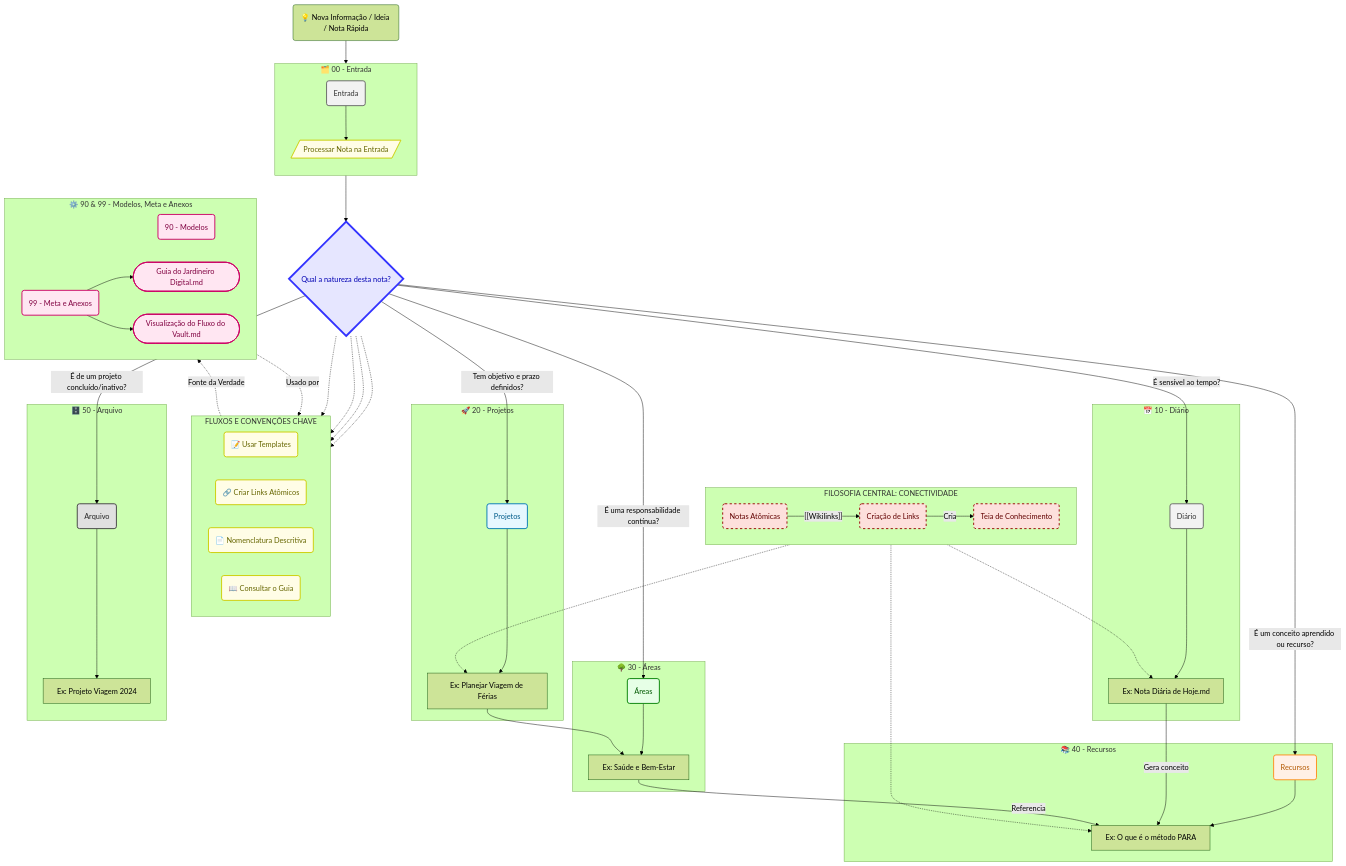
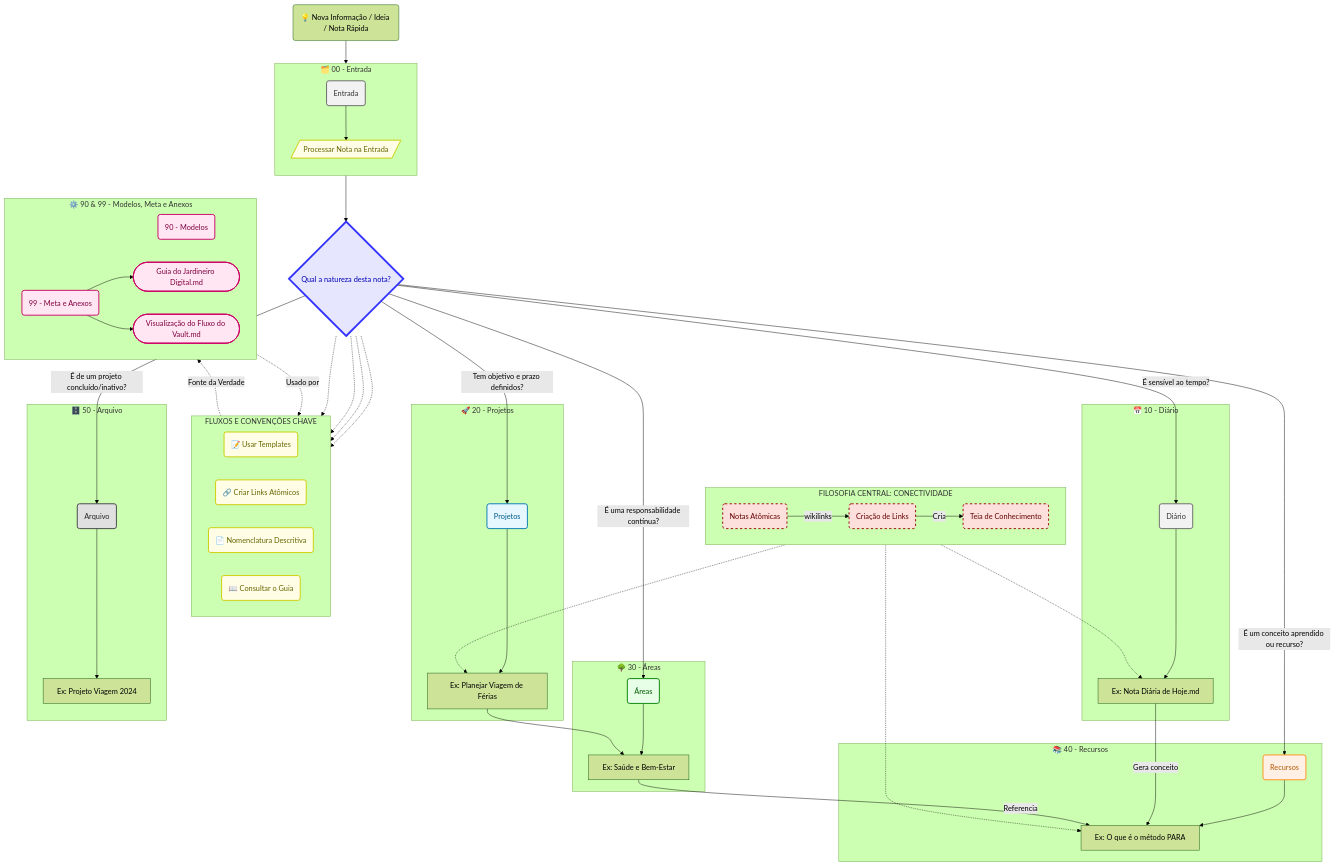
Before and after one commit to aretw0/vault-seed: the diagram in 99 - Meta e Anexos/Diagramas/.templates/vault-flow.t.md, drawn with Mermaid (forest theme). The commit also changed 4 other files, not shown here.

First line of the commit message:
fix(mermaid): remove [[Wikilinks]] from edge label, guard against error SVGs

```diff
--- a/99 - Meta e Anexos/Diagramas/.templates/vault-flow.t.md
+++ b/99 - Meta e Anexos/Diagramas/.templates/vault-flow.t.md
@@ -26,7 +26,7 @@
         P1(Notas Atômicas):::principle
         P2(Criação de Links):::principle
         P3(Teia de Conhecimento):::principle
-        P1 -- "[[Wikilinks]]" --> P2 -- "Cria" --> P3
+        P1 -- "wikilinks" --> P2 -- "Cria" --> P3
     end
 
     %% --- Entrada: Ponto de Captura ---
```
